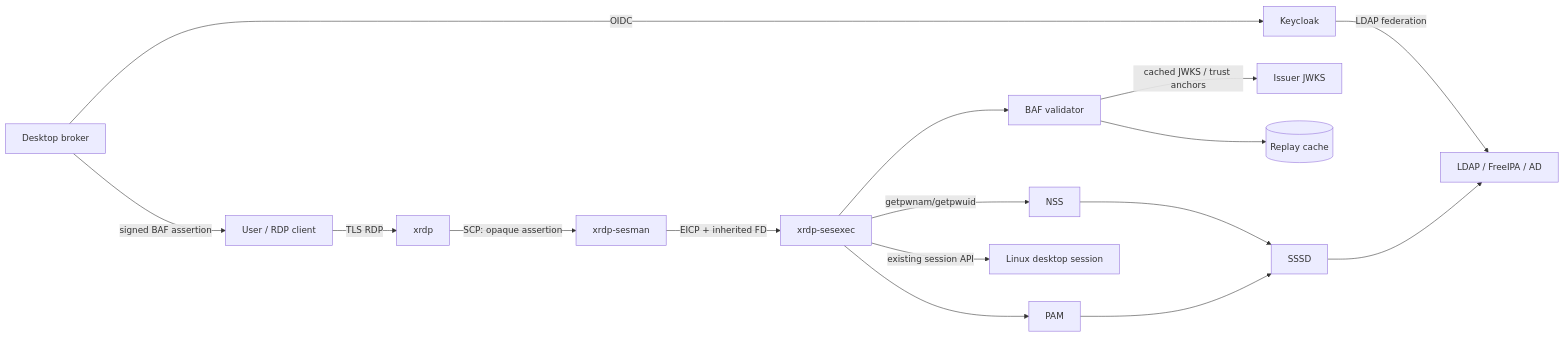
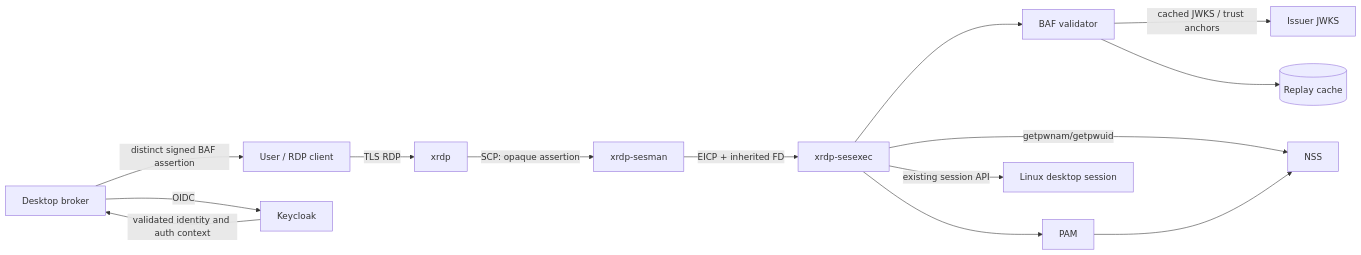
Before and after one commit to risi70/xrdp: the first of 3 diagrams in specification/01-system-architecture.md, drawn with Mermaid. The commit also changed other lines of this file and 63 other files, not shown here.

````diff
--- a/specification/01-system-architecture.md
+++ b/specification/01-system-architecture.md
@@ -33,18 +35,16 @@
 ```mermaid
 flowchart LR
   U[User / RDP client] -->|TLS RDP| X[xrdp]
   B[Desktop broker] -->|OIDC| K[Keycloak]
-  K -->|LDAP federation| D[LDAP / FreeIPA / AD]
-  B -->|signed BAF assertion| U
+  K -->|validated identity and auth context| B
+  B -->|distinct signed BAF assertion| U
   X -->|SCP: opaque assertion| S[xrdp-sesman]
   S -->|EICP + inherited FD| E[xrdp-sesexec]
   E --> V[BAF validator]
   V -->|cached JWKS / trust anchors| J[Issuer JWKS]
   V --> R[(Replay cache)]
   E -->|getpwnam/getpwuid| N[NSS]
-  N --> SS[SSSD]
-  SS --> D
   E --> P[PAM]
-  P --> SS
+  P --> N
   E -->|existing session API| L[Linux desktop session]
 ```
````
